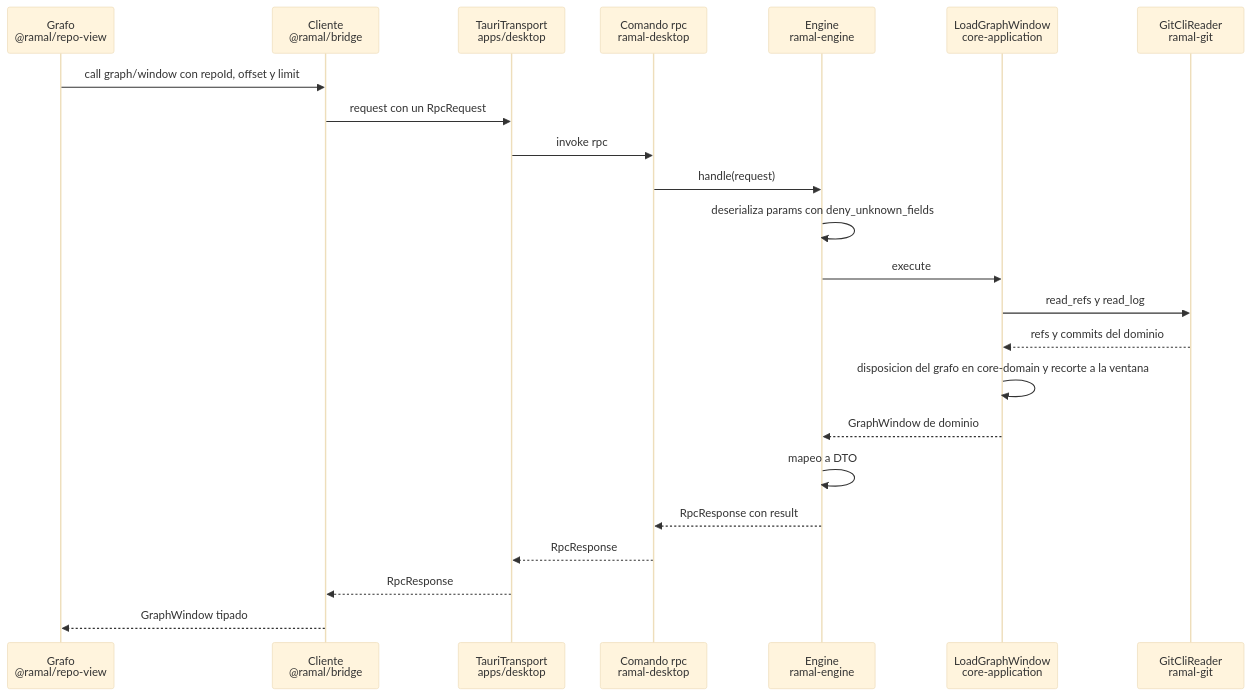
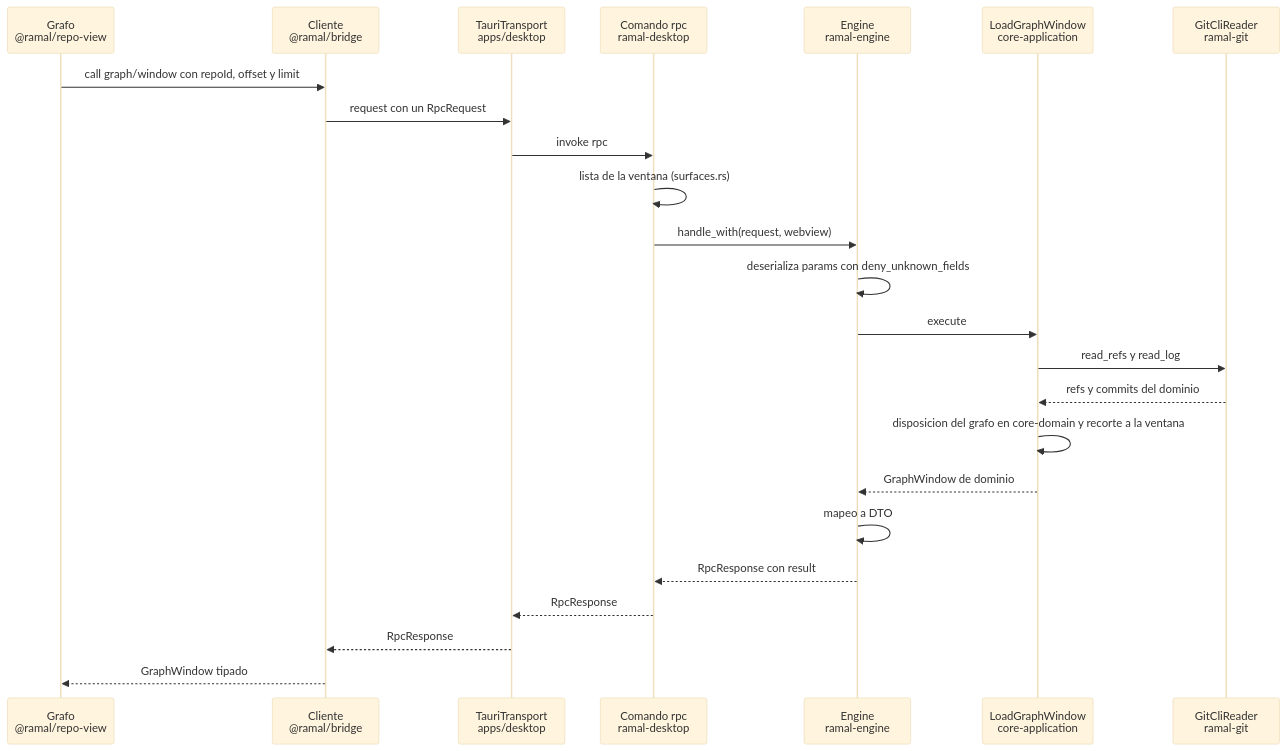
One commit to eabl0306/ramal changed the third of 6 diagrams in docs/architecture.md. Above: the diagram before and after it, drawn with Mermaid (base theme). The commit also changed other lines of this file and 13 other files, not shown here.

````diff
--- a/docs/architecture.md
+++ b/docs/architecture.md
@@ -916,25 +1042,26 @@
 ```mermaid
 sequenceDiagram
     participant C as Grafo<br/>@ramal/repo-view
     participant B as Cliente<br/>@ramal/bridge
     participant T as TauriTransport<br/>apps/desktop
     participant H as Comando rpc<br/>ramal-desktop
     participant E as Engine<br/>ramal-engine
     participant U as LoadGraphWindow<br/>core-application
     participant G as GitCliReader<br/>ramal-git
     C->>B: call graph/window con repoId, offset y limit
     B->>T: request con un RpcRequest
     T->>H: invoke rpc
-    H->>E: handle(request)
+    H->>H: lista de la ventana (surfaces.rs)
+    H->>E: handle_with(request, webview)
     E->>E: deserializa params con deny_unknown_fields
     E->>U: execute
     U->>G: read_refs y read_log
     G-->>U: refs y commits del dominio
     U->>U: disposicion del grafo en core-domain y recorte a la ventana
     U-->>E: GraphWindow de dominio
     E->>E: mapeo a DTO
     E-->>H: RpcResponse con result
     H-->>T: RpcResponse
     T-->>B: RpcResponse
     B-->>C: GraphWindow tipado
 ```
````
